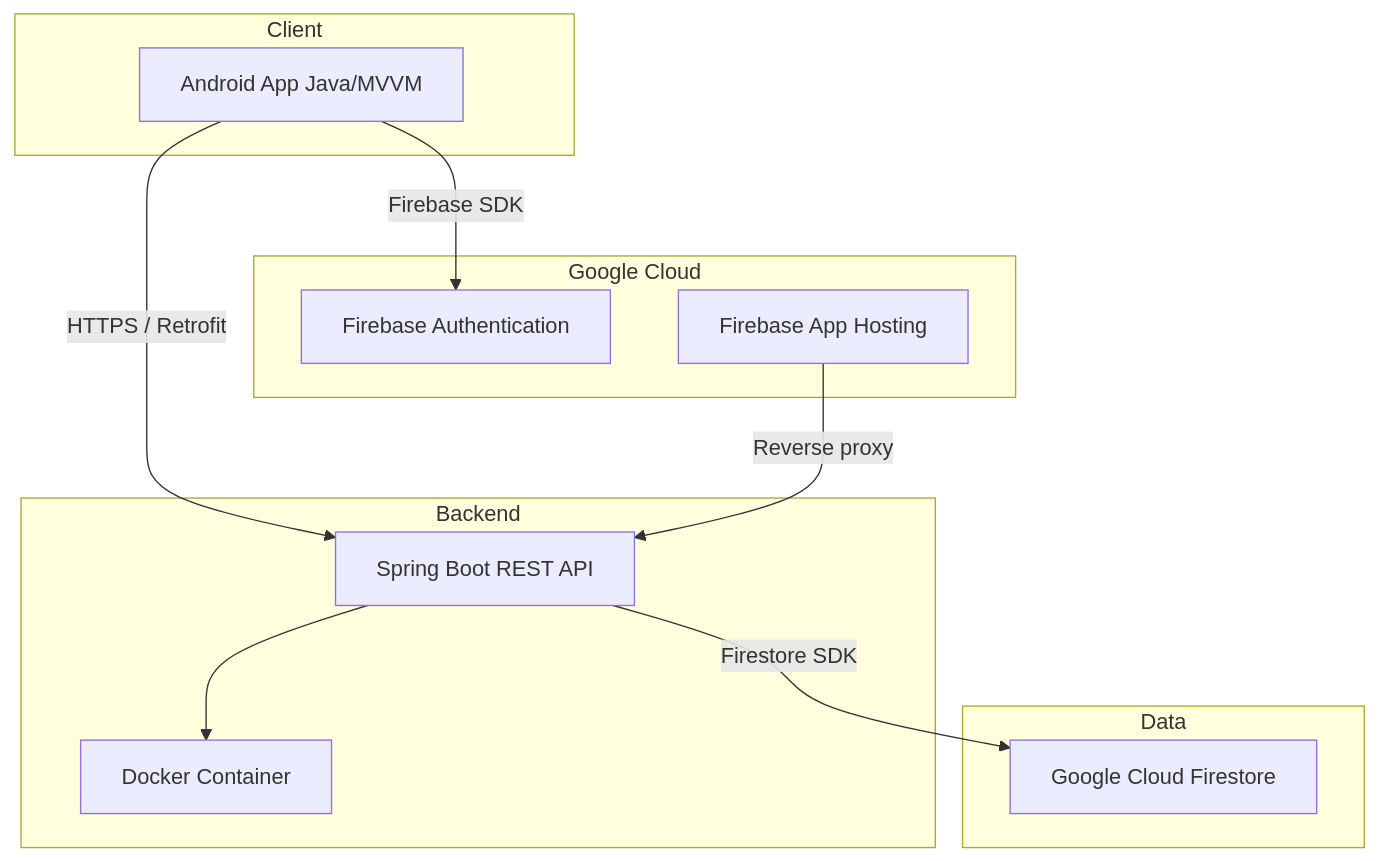
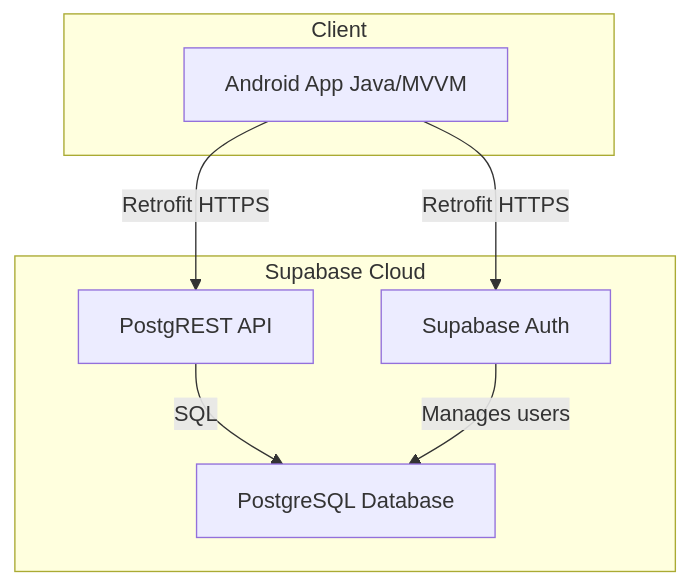
One commit to Fathima-Asna/ICBT-MAD-Assignment changed the second of 8 diagrams in README.md. Above: the diagram before and after it, drawn with Mermaid. The commit also changed other lines of this file and 69 other files, not shown here.

Commit message:
Migrate to Supabase: remove Spring Boot backend, add Supabase Auth & PostgREST, update README

````diff
--- a/README.md
+++ b/README.md
@@ -177,26 +165,17 @@
 ```mermaid
 graph TB
     subgraph Client
         A[Android App Java/MVVM]
     end
 
-    subgraph Google Cloud
-        B[Firebase Authentication]
-        C[Firebase App Hosting]
+    subgraph Supabase Cloud
+        B[Supabase Auth]
+        C[PostgREST API]
+        D[PostgreSQL Database]
     end
 
-    subgraph Backend
-        D[Spring Boot REST API]
-        E[Docker Container]
-    end
-
-    subgraph Data
-        F[Google Cloud Firestore]
-    end
-
-    A -->|HTTPS / Retrofit| D
-    A -->|Firebase SDK| B
-    D -->|Firestore SDK| F
-    D --> E
-    C -->|Reverse proxy| D
+    A -->|Retrofit HTTPS| B
+    A -->|Retrofit HTTPS| C
+    C -->|SQL| D
+    B -->|Manages users| D
 ```
````
